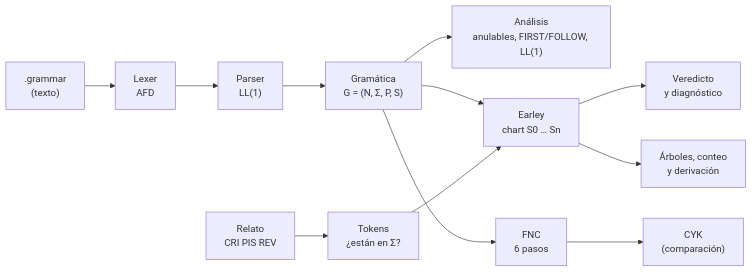
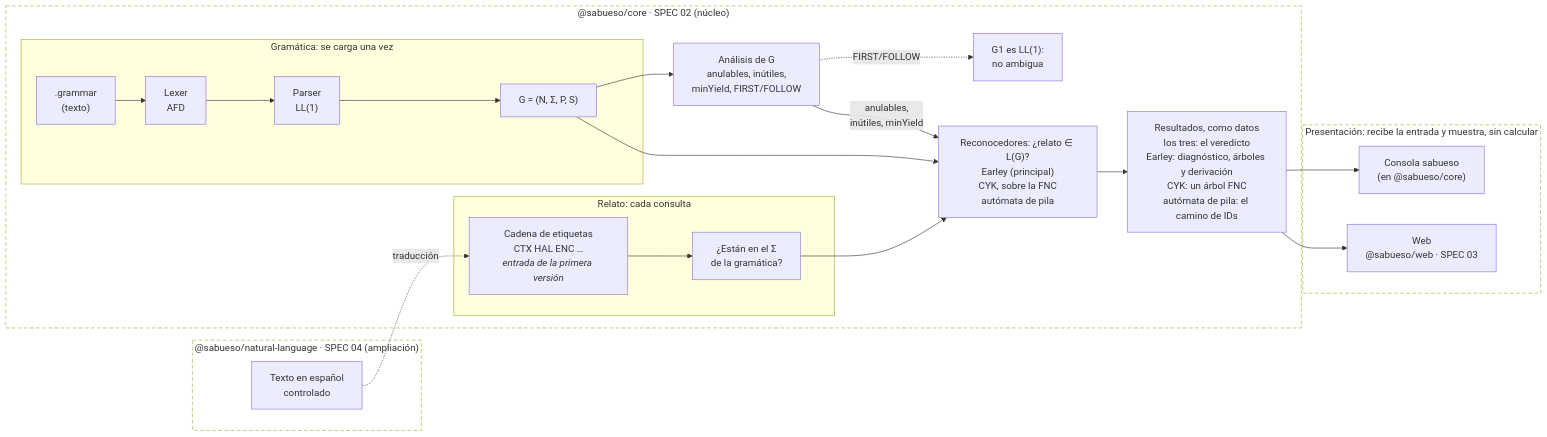
One commit to julioale21/sabueso changed the diagram in README.md. Above: the diagram before and after it, drawn with Mermaid. The commit also changed other lines of this file and 13 other files, not shown here.

````diff
--- a/README.md
+++ b/README.md
@@ -106,14 +109,34 @@
 ```mermaid
 flowchart LR
-  A[".grammar<br/>(texto)"] --> B["Lexer<br/>AFD"]
-  B --> C["Parser<br/>LL(1)"]
-  C --> D["Gramática<br/>G = (N, Σ, P, S)"]
-  D --> E["Análisis<br/>anulables, FIRST/FOLLOW, LL(1)"]
-  R["Relato<br/>CRI PIS REV"] --> T["Tokens<br/>¿están en Σ?"]
-  D --> F
-  T --> F["Earley<br/>chart S0 … Sn"]
-  F --> G["Veredicto<br/>y diagnóstico"]
-  F --> H["Árboles, conteo<br/>y derivación"]
-  D --> I["FNC<br/>6 pasos"]
-  I --> J["CYK<br/>(comparación)"]
+  subgraph NL["@sabueso/natural-language · SPEC 04 (ampliación)"]
+    N["Texto en español<br/>controlado"]
+  end
+
+  subgraph CORE["@sabueso/core · SPEC 02 (núcleo)"]
+    subgraph GR["Gramática: se carga una vez"]
+      A[".grammar<br/>(texto)"] --> B["Lexer<br/>AFD"] --> C["Parser<br/>LL(1)"] --> D["G = (N, Σ, P, S)"]
+    end
+    subgraph RE["Relato: cada consulta"]
+      T["Cadena de etiquetas<br/>CTX HAL ENC …<br/><i>entrada de la primera versión</i>"] --> S["¿Están en el Σ<br/>de la gramática?"]
+    end
+    D --> E["Análisis de G<br/>anulables, inútiles,<br/>minYield, FIRST/FOLLOW"]
+    E -. "FIRST/FOLLOW" .-> V["G1 es LL(1):<br/>no ambigua"]
+    D --> R
+    E -- "anulables,<br/>inútiles, minYield" --> R
+    S --> R
+    R["Reconocedores: ¿relato ∈ L(G)?<br/>Earley (principal)<br/>CYK, sobre la FNC<br/>autómata de pila"] --> O["Resultados, como datos<br/>los tres: el veredicto<br/>Earley: diagnóstico, árboles y derivación<br/>CYK: un árbol FNC<br/>autómata de pila: el camino de IDs"]
+  end
+
+  subgraph UI["Presentación: recibe la entrada y muestra, sin calcular"]
+    CLI["Consola sabueso<br/>(en @sabueso/core)"]
+    WEB["Web<br/>@sabueso/web · SPEC 03"]
+  end
+
+  N -. "traducción" .-> T
+  O --> CLI
+  O --> WEB
+
+  style NL stroke-dasharray: 6 4,fill:none
+  style CORE stroke-dasharray: 6 4,fill:none
+  style UI stroke-dasharray: 6 4,fill:none
 ```
````
